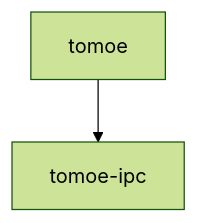
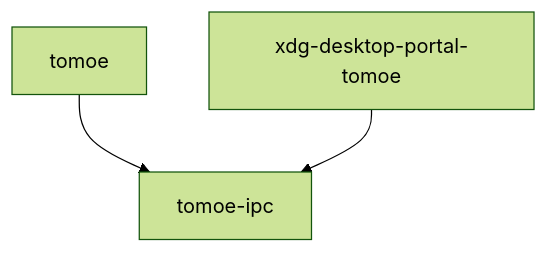
Before and after one commit to y0usaf/tomoe: the diagram in ARCHITECTURE.md, drawn with Mermaid (forest theme). The commit also changed other lines of this file and 13 other files, not shown here.

First line of the commit message:
portal: screencast source policy over IPC (M4 §7)

````diff
--- a/ARCHITECTURE.md
+++ b/ARCHITECTURE.md
@@ -14,4 +14,5 @@
 ```mermaid
 graph TD
   tomoe["tomoe"] --> tomoe_ipc["tomoe-ipc"]
+  xdg_desktop_portal_tomoe["xdg-desktop-portal-tomoe"] --> tomoe_ipc["tomoe-ipc"]
 ```
````
